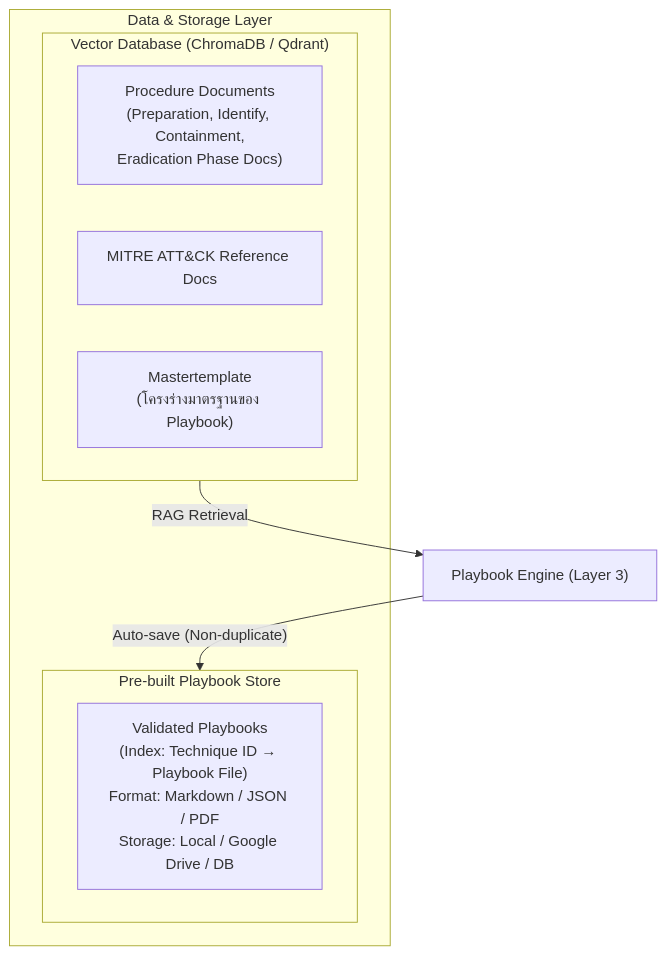
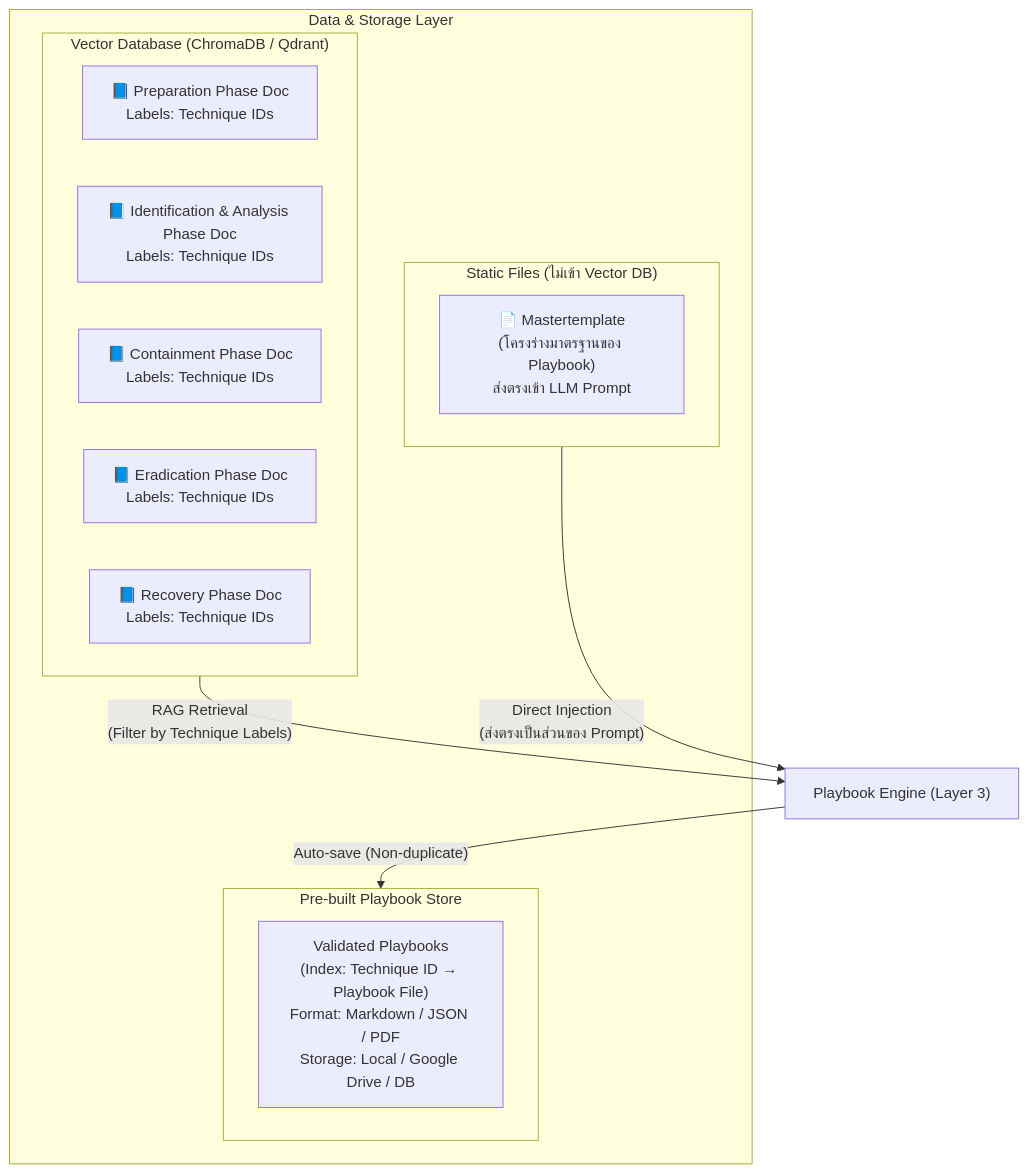
Before and after one commit to Chaithawatcer/omnissiah-playbook-workflow: the sixth of 8 diagrams in architecture.md, drawn with Mermaid. The commit also changed other lines of this file, not shown here.

Commit message:
Update Document Strategy: Mastertemplate as Static File, 5 Phase Docs with Technique Labels in Vector DB

````diff
--- a/architecture.md
+++ b/architecture.md
@@ -116,15 +117,21 @@
 ```mermaid
 graph TD
     subgraph Storage ["Data & Storage Layer"]
         subgraph vdb ["Vector Database (ChromaDB / Qdrant)"]
-            proc["Procedure Documents\n(Preparation, Identify, Containment,\nEradication Phase Docs)"]
-            mitre["MITRE ATT&CK Reference Docs"]
-            master["Mastertemplate\n(โครงร่างมาตรฐานของ Playbook)"]
+            p1["📘 Preparation Phase Doc\nLabels: Technique IDs"]
+            p2["📘 Identification & Analysis Phase Doc\nLabels: Technique IDs"]
+            p3["📘 Containment Phase Doc\nLabels: Technique IDs"]
+            p4["📘 Eradication Phase Doc\nLabels: Technique IDs"]
+            p5["📘 Recovery Phase Doc\nLabels: Technique IDs"]
+        end
+        subgraph static ["Static Files (ไม่เข้า Vector DB)"]
+            master["📄 Mastertemplate\n(โครงร่างมาตรฐานของ Playbook)\nส่งตรงเข้า LLM Prompt"]
         end
         subgraph store ["Pre-built Playbook Store"]
             pb["Validated Playbooks\n(Index: Technique ID → Playbook File)\nFormat: Markdown / JSON / PDF\nStorage: Local / Google Drive / DB"]
         end
     end
-    vdb -- "RAG Retrieval" --> engine["Playbook Engine (Layer 3)"]
+    vdb -- "RAG Retrieval\n(Filter by Technique Labels)" --> engine["Playbook Engine (Layer 3)"]
+    static -- "Direct Injection\n(ส่งตรงเป็นส่วนของ Prompt)" --> engine
     engine -- "Auto-save (Non-duplicate)" --> store
 ```
````
